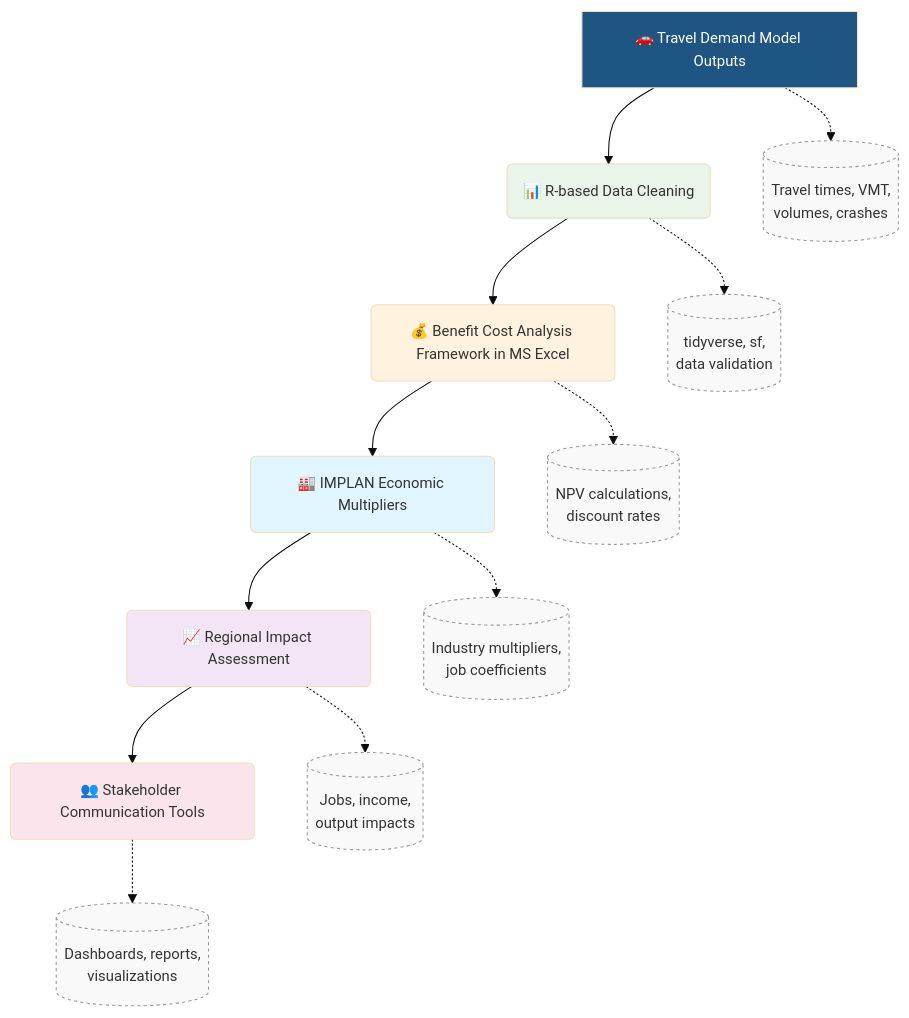
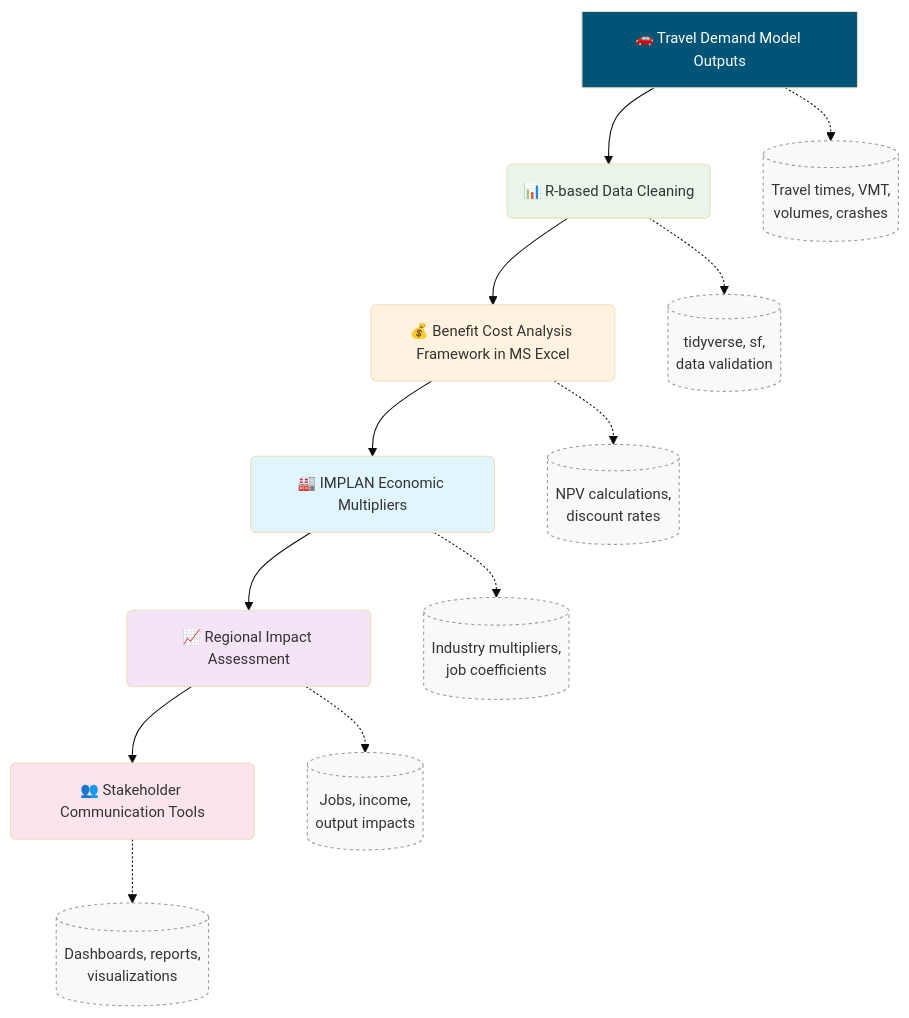
The second of 2 diagrams in slides/quantifying-economic-impacts/index.qmd (ar-puuk/ar-puuk.github.io), drawn with Mermaid (base theme) before and after one commit. The commit also changed other lines of this file and 2 other files, not shown here.

First line of the commit message:
restyle the quantifying-economic-impacts deck and fix the Unified Plan diagram

````diff
--- a/slides/quantifying-economic-impacts/index.qmd
+++ b/slides/quantifying-economic-impacts/index.qmd
@@ -183,32 +184,32 @@
 ```{mermaid}
 %%| eval: false
 flowchart TD
     A["🚗 Travel Demand Model Outputs"] --> B("📊 R-based Data Cleaning")
     B --> C("💰 Benefit Cost Analysis Framework in MS Excel")
     C --> D("🏭 IMPLAN Economic Multipliers")
     D --> E("📈 Regional Impact Assessment")
     E --> F("👥 Stakeholder Communication Tools")
 
     A -.-> A1[("Travel times, VMT,<br/>volumes, crashes")]
     B -.-> B1[("tidyverse, sf,<br/>data validation")]
     C -.-> C1[("NPV calculations,<br/>discount rates")]
     D -.-> D1[("Industry multipliers,<br/>job coefficients")]
     E -.-> E1[("Jobs, income,<br/>output impacts")]
     F -.-> F1[("Dashboards, reports,<br/>visualizations")]
 
-    style A fill:#1f5582,color:#ffffff
+    style A fill:#005577,color:#ffffff
     style B fill:#e8f5e8
     style C fill:#fff3e0
     style D fill:#e1f5fe
     style E fill:#f3e5f5
     style F fill:#fce4ec
 
     style A1 fill:#f9f9f9,stroke:#999,stroke-dasharray: 3 3
     style B1 fill:#f9f9f9,stroke:#999,stroke-dasharray: 3 3
     style C1 fill:#f9f9f9,stroke:#999,stroke-dasharray: 3 3
     style D1 fill:#f9f9f9,stroke:#999,stroke-dasharray: 3 3
     style E1 fill:#f9f9f9,stroke:#999,stroke-dasharray: 3 3
     style F1 fill:#f9f9f9,stroke:#999,stroke-dasharray: 3 3
 
 classDef default font-size:14px;
 ```
````
